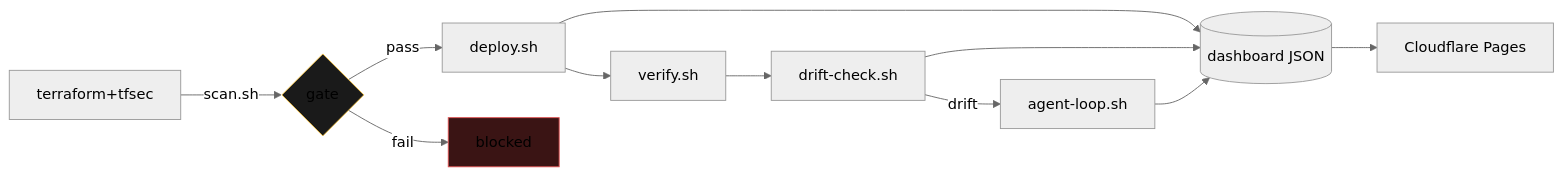
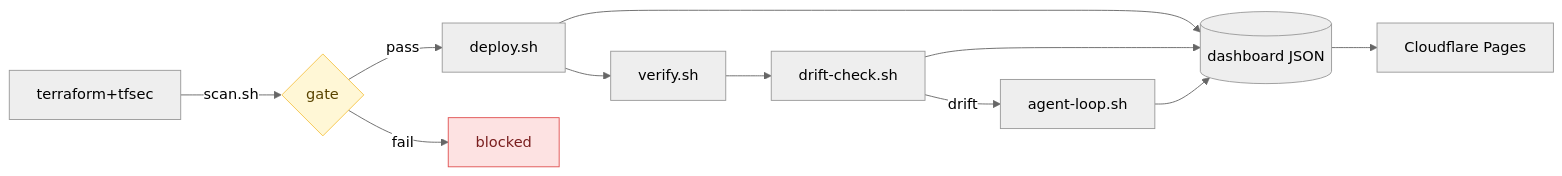
One commit to arifbazli/shift-left-cloud-sandbox changed the diagram in README.md. Above: the diagram before and after it, drawn with Mermaid (neutral theme). The commit also changed 13 other files, not shown here.

Commit message:
fix: ship podman-compose.yml, reorder dashboard cards to pipeline flow, refresh live data, Mermaid light-mode contrast

````diff
--- a/README.md
+++ b/README.md
@@ -44,13 +44,13 @@
 ```mermaid
 flowchart LR
     A[terraform+tfsec] -->|scan.sh| B{gate}
     B -->|pass| C[deploy.sh] --> D[verify.sh] --> E[drift-check.sh]
     B -->|fail| X[blocked]
     E -->|drift| F[agent-loop.sh]
     C --> G[(dashboard JSON)]
     E --> G
     F --> G
     G --> H[Cloudflare Pages]
-    style X fill:#3a1414,stroke:#e05252
-    style B fill:#1a1a1a,stroke:#f6c54b
+    style X fill:#fde2e2,stroke:#e05252,color:#7a1f1f
+    style B fill:#fff7d6,stroke:#f6c54b,color:#5a4400
 ```
````
